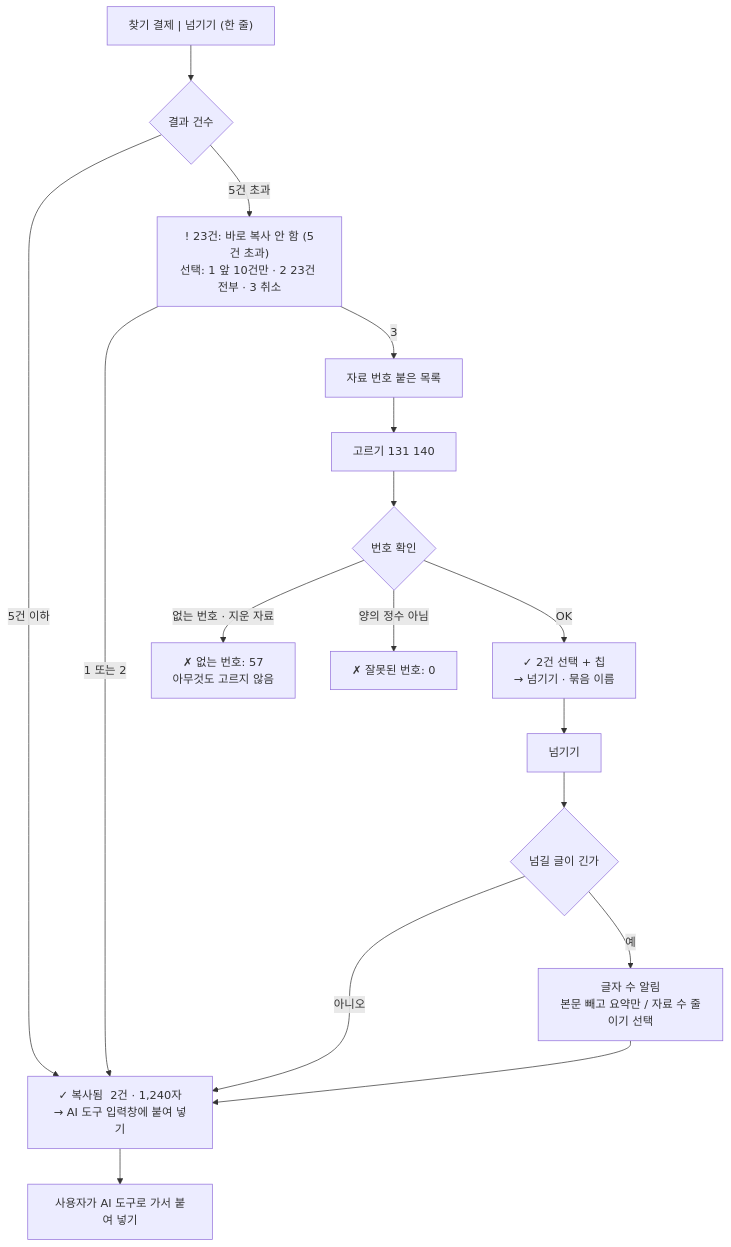
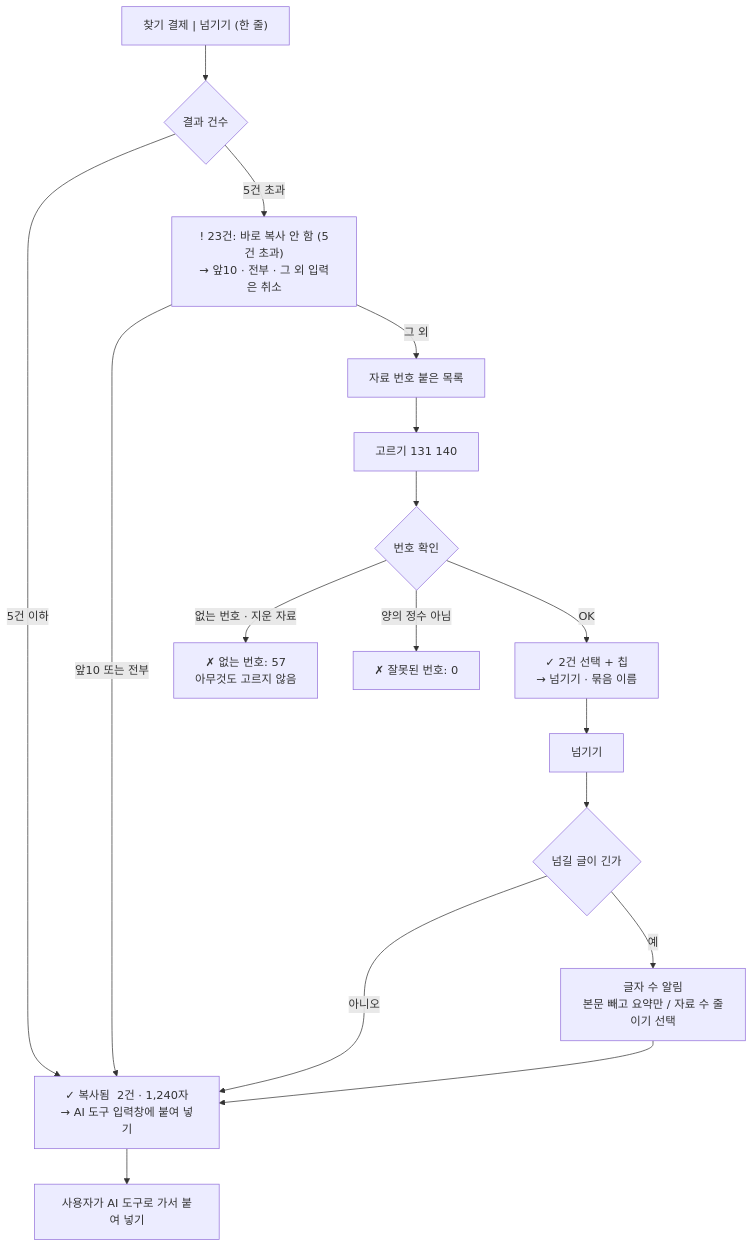
One commit to delightPIP/grep changed the sixth of 10 diagrams in docs/planning/user-flow.md. Above: the diagram before and after it, drawn with Mermaid. The commit also changed other lines of this file and 13 other files, not shown here.

````diff
--- a/docs/planning/user-flow.md
+++ b/docs/planning/user-flow.md
@@ -187,20 +187,20 @@
 ```mermaid
 flowchart TD
     A["자료 번호 붙은 목록"] --> B["고르기 131 140"]
     B --> C{"번호 확인"}
     C -- "없는 번호 · 지운 자료" --> D["✗ 없는 번호: 57<br/>아무것도 고르지 않음"]
     C -- "양의 정수 아님" --> E["✗ 잘못된 번호: 0"]
     C -- "OK" --> F["✓ 2건 선택 + 칩<br/>→ 넘기기 · 묶음 이름"]
     F --> G["넘기기"]
     G --> H{"넘길 글이 긴가"}
     H -- "아니오" --> I["✓ 복사됨  2건 · 1,240자<br/>→ AI 도구 입력창에 붙여 넣기"]
     H -- "예" --> J["글자 수 알림<br/>본문 빼고 요약만 / 자료 수 줄이기 선택"]
     J --> I
     I --> K["사용자가 AI 도구로 가서 붙여 넣기"]
 
     P["찾기 결제 | 넘기기 (한 줄)"] --> Q{"결과 건수"}
     Q -- "5건 이하" --> I
-    Q -- "5건 초과" --> R["! 23건: 바로 복사 안 함 (5건 초과)<br/>선택: 1 앞 10건만 · 2 23건 전부 · 3 취소"]
-    R -- "1 또는 2" --> I
-    R -- "3" --> A
+    Q -- "5건 초과" --> R["! 23건: 바로 복사 안 함 (5건 초과)<br/>→ 앞10 · 전부 · 그 외 입력은 취소"]
+    R -- "앞10 또는 전부" --> I
+    R -- "그 외" --> A
 ```
````
